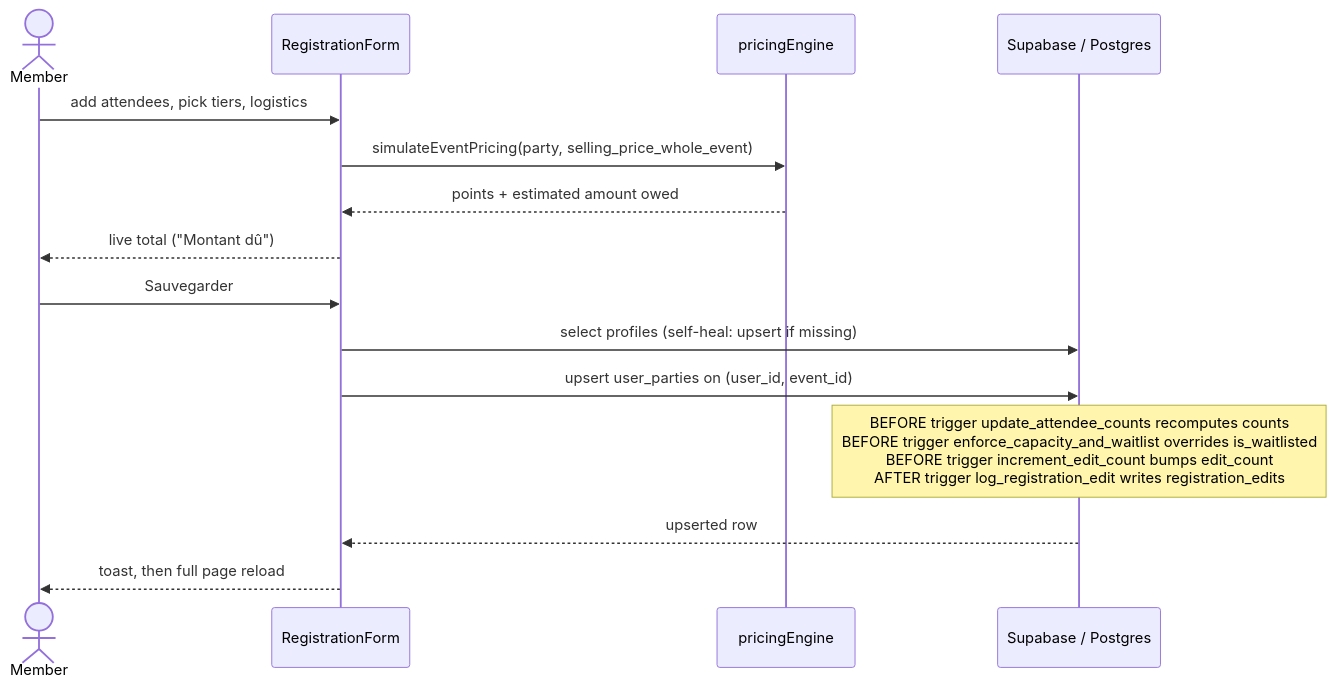
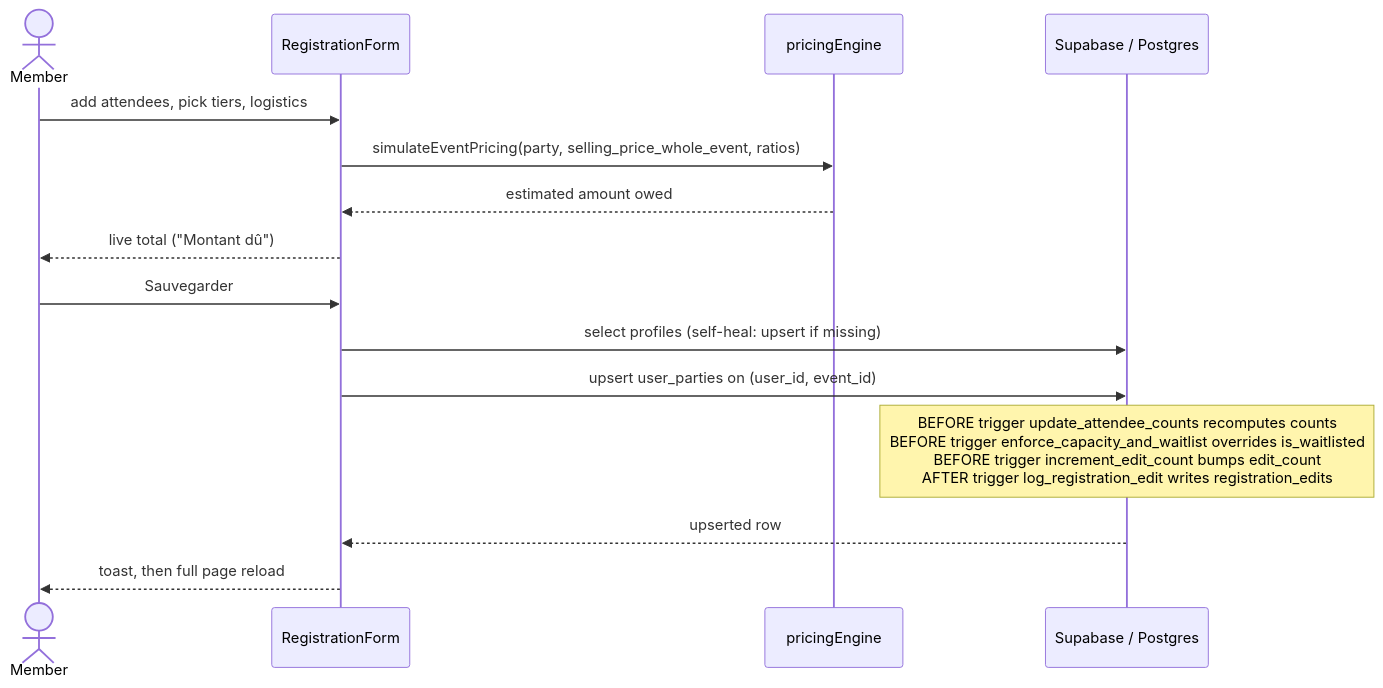
One commit to YULmix/yulmix-la-bedaine changed the third of 5 diagrams in docs/02-architecture.md. Above: the diagram before and after it, drawn with Mermaid. The commit also changed 24 other files, not shown here.

````diff
--- a/docs/02-architecture.md
+++ b/docs/02-architecture.md
@@ -101,18 +101,18 @@
 ```mermaid
 sequenceDiagram
   actor U as Member
   participant RF as RegistrationForm
   participant PE as pricingEngine
   participant PG as Supabase / Postgres
 
   U->>RF: add attendees, pick tiers, logistics
-  RF->>PE: simulateEventPricing(party, selling_price_whole_event)
-  PE-->>RF: points + estimated amount owed
+  RF->>PE: simulateEventPricing(party, selling_price_whole_event, ratios)
+  PE-->>RF: estimated amount owed
   RF-->>U: live total ("Montant dû")
   U->>RF: Sauvegarder
   RF->>PG: select profiles (self-heal: upsert if missing)
   RF->>PG: upsert user_parties on (user_id, event_id)
   Note over PG: BEFORE trigger update_attendee_counts recomputes counts<br/>BEFORE trigger enforce_capacity_and_waitlist overrides is_waitlisted<br/>BEFORE trigger increment_edit_count bumps edit_count<br/>AFTER trigger log_registration_edit writes registration_edits
   PG-->>RF: upserted row
   RF-->>U: toast, then full page reload
 ```
````
